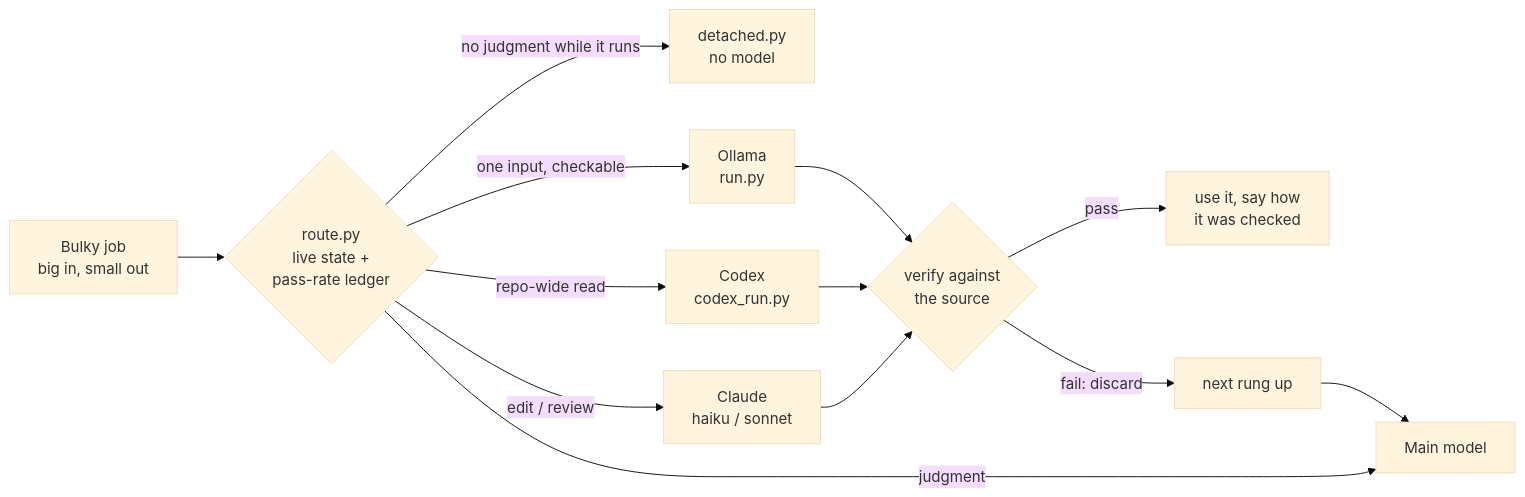
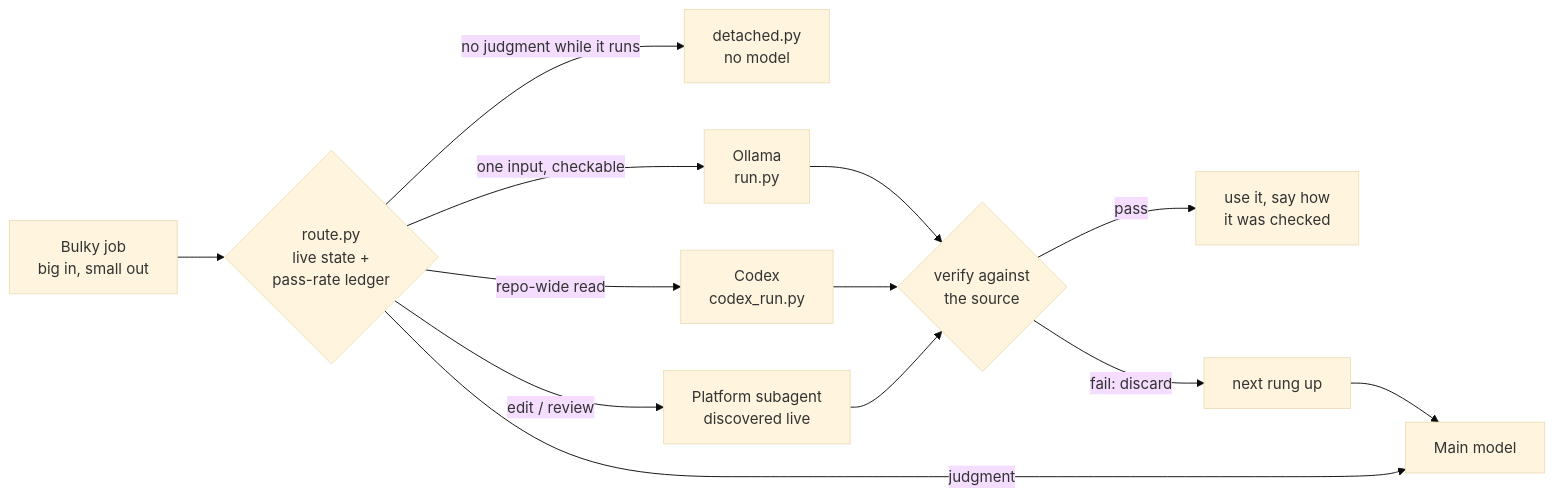
One commit to mixocreative/token-economy-delegation changed the diagram in README.md. Above: the diagram before and after it, drawn with Mermaid (base theme). The commit also changed other lines of this file and 3 other files, not shown here.

````diff
--- a/README.md
+++ b/README.md
@@ -84,15 +84,15 @@
 ```mermaid
 flowchart LR
     J["Bulky job<br/>big in, small out"] --> R{"route.py<br/>live state +<br/>pass-rate ledger"}
     R -->|no judgment while it runs| D["detached.py<br/>no model"]
     R -->|one input, checkable| O["Ollama<br/>run.py"]
     R -->|repo-wide read| C["Codex<br/>codex_run.py"]
-    R -->|edit / review| S["Claude<br/>haiku / sonnet"]
+    R -->|edit / review| S["Platform subagent<br/>discovered live"]
     R -->|judgment| M["Main model"]
     O --> V{"verify against<br/>the source"}
     C --> V
     S --> V
     V -->|pass| U["use it, say how<br/>it was checked"]
     V -->|fail: discard| N["next rung up"]
     N --> M
 ```
````
